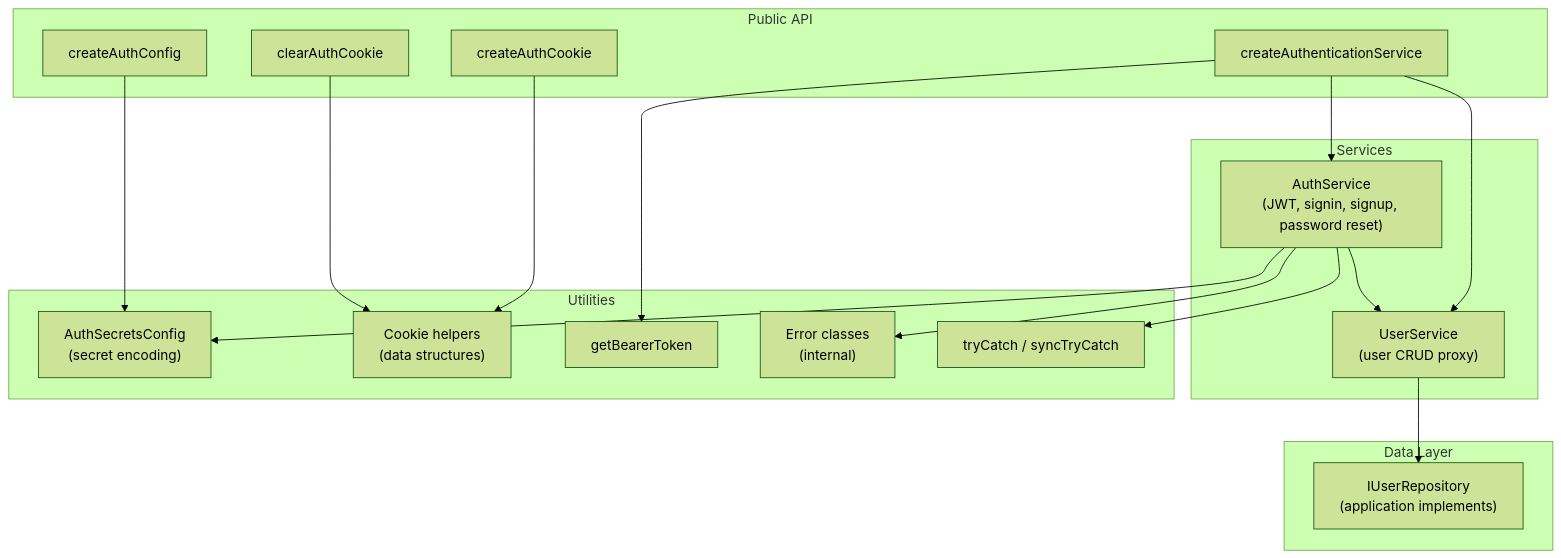
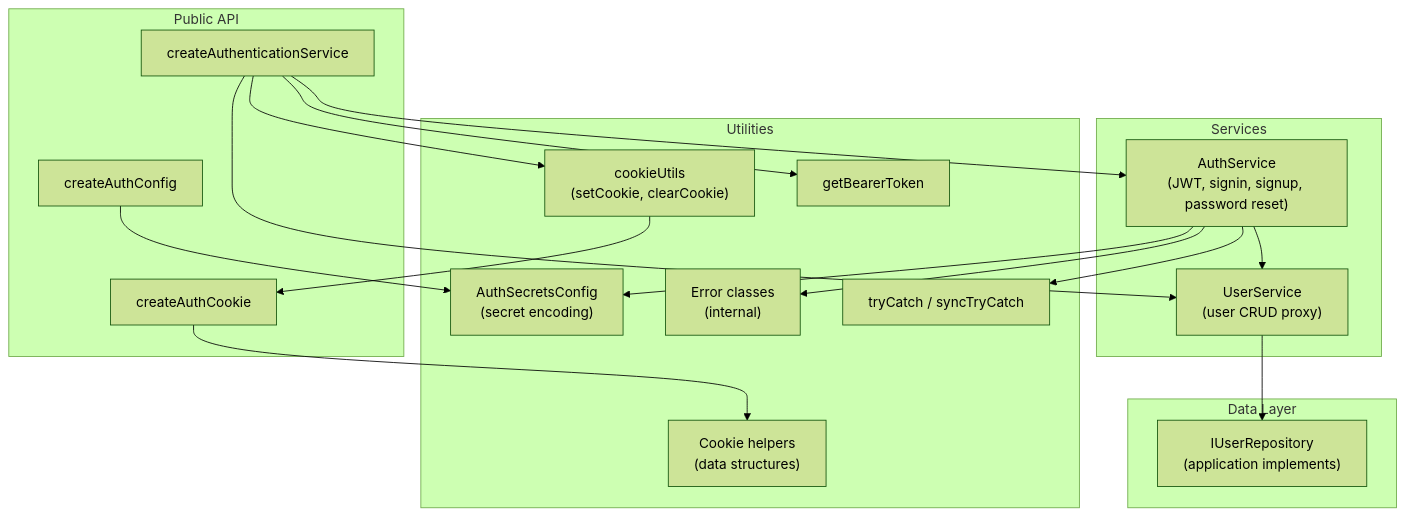
The first of 4 diagrams in backend-core/docs/architecture.md (mrtindanzor/auth-system), drawn with Mermaid (forest theme) before and after one commit. The commit also changed other lines of this file and 10 other files, not shown here.

````diff
--- a/backend-core/docs/architecture.md
+++ b/backend-core/docs/architecture.md
@@ -15,41 +15,42 @@
 ```mermaid
 graph TB
     subgraph "Public API"
         CAS["createAuthenticationService"]
         CAC["createAuthConfig"]
         CCK["createAuthCookie"]
-        CCKC["clearAuthCookie"]
     end
 
     subgraph "Services"
         AS["AuthService<br/>(JWT, signin, signup, password reset)"]
         US["UserService<br/>(user CRUD proxy)"]
     end
 
     subgraph "Data Layer"
         UR["IUserRepository<br/>(application implements)"]
     end
 
     subgraph "Utilities"
         CFIG["AuthSecretsConfig<br/>(secret encoding)"]
         CK["Cookie helpers<br/>(data structures)"]
+        CU["cookieUtils<br/>(setCookie, clearCookie)"]
         GBT["getBearerToken"]
         ERR["Error classes<br/>(internal)"]
         TC["tryCatch / syncTryCatch"]
     end
 
     CAS --> AS
     CAS --> US
+    CAS --> CU
     CAS --> GBT
 
     AS --> US
     AS --> CFIG
     AS --> ERR
     AS --> TC
 
     US --> UR
 
     CAC --> CFIG
     CCK --> CK
-    CCKC --> CK
+    CU --> CCK
 ```
````
